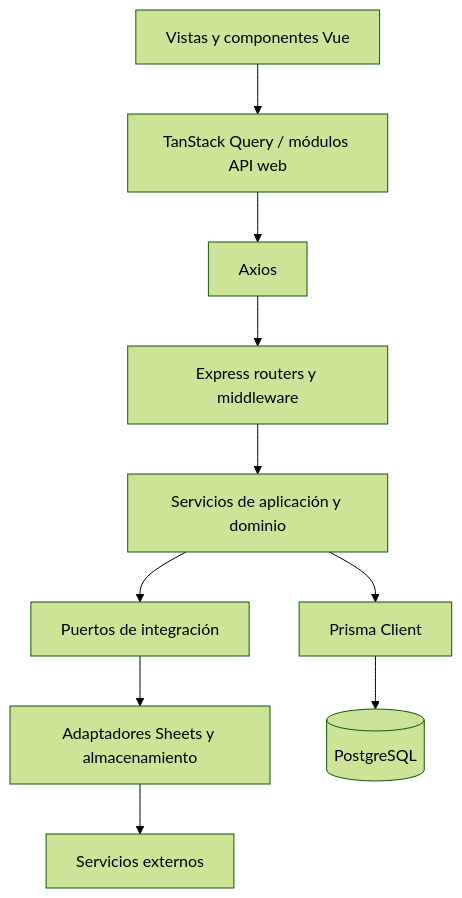
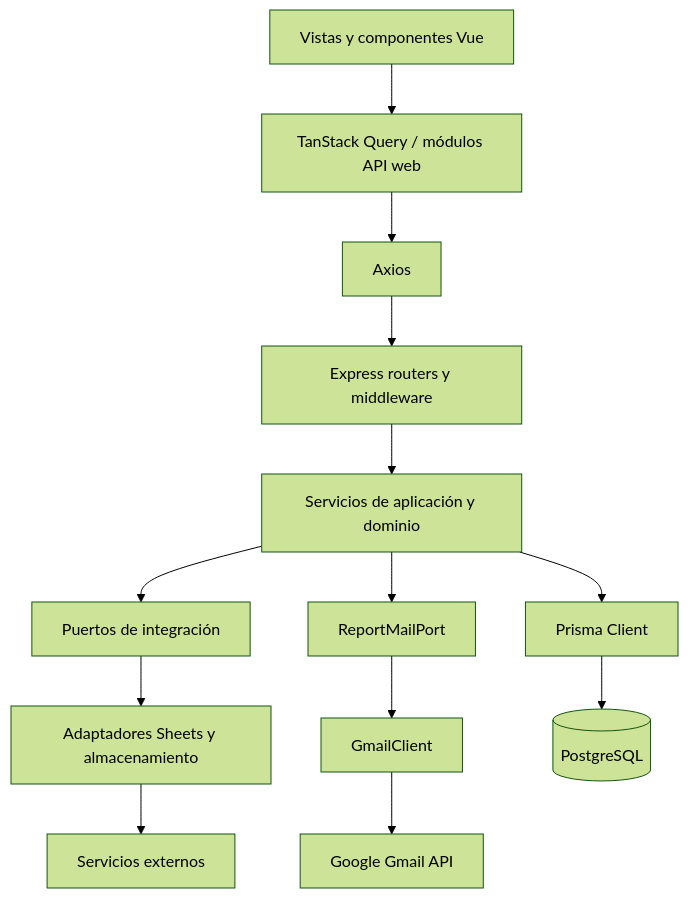
The third of 3 diagrams in docs/technical/architecture.md (luistorres-idt/puk), drawn with Mermaid (forest theme) before and after one commit. The commit also changed other lines of this file and 4 other files, not shown here.

Commit message:
docs: show Gmail in architecture diagrams

````diff
--- a/docs/technical/architecture.md
+++ b/docs/technical/architecture.md
@@ -62,16 +67,19 @@
 ```mermaid
 flowchart TD
     View[Vistas y componentes Vue]
     Query[TanStack Query / módulos API web]
     Http[Axios]
     Router[Express routers y middleware]
     Service[Servicios de aplicación y dominio]
     Port[Puertos de integración]
+    MailPort[ReportMailPort]
     Prisma[Prisma Client]
     Adapter[Adaptadores Sheets y almacenamiento]
+    GmailAdapter[GmailClient]
 
     View --> Query --> Http --> Router --> Service
     Service --> Prisma --> DB[(PostgreSQL)]
     Service --> Port --> Adapter
+    Service --> MailPort --> GmailAdapter --> Gmail[Google Gmail API]
     Adapter --> External[Servicios externos]
 ```
````
